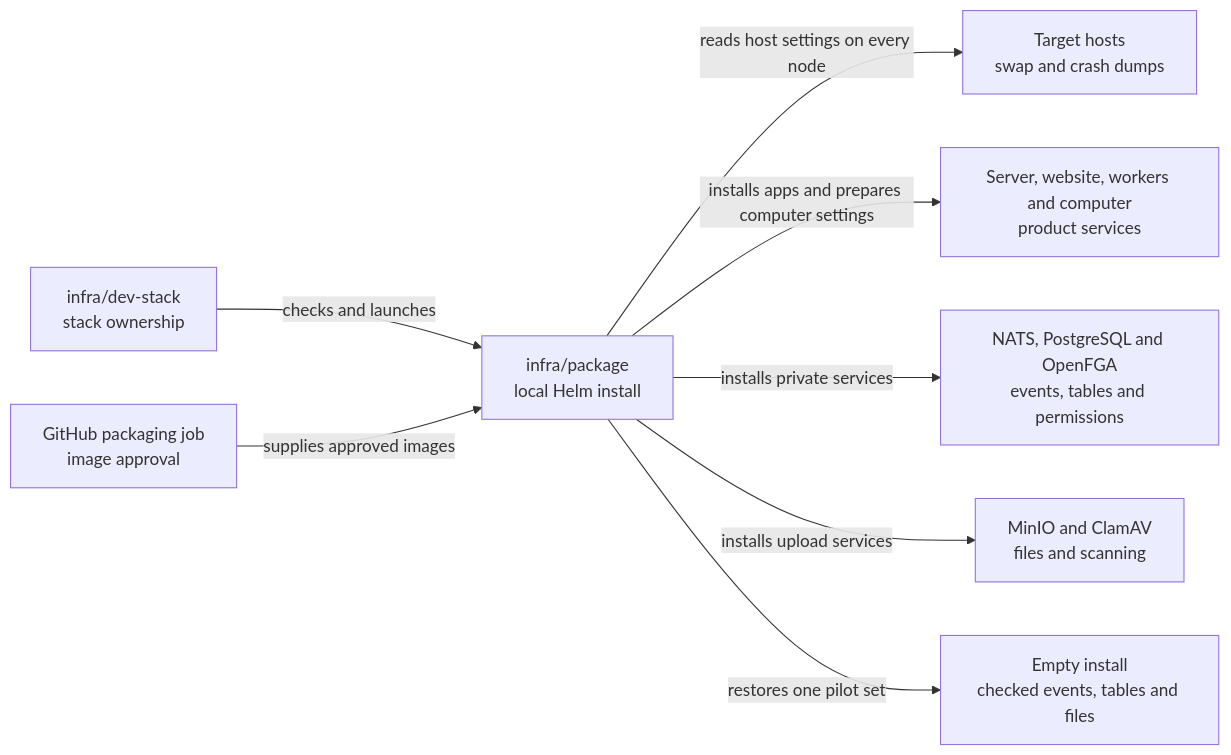
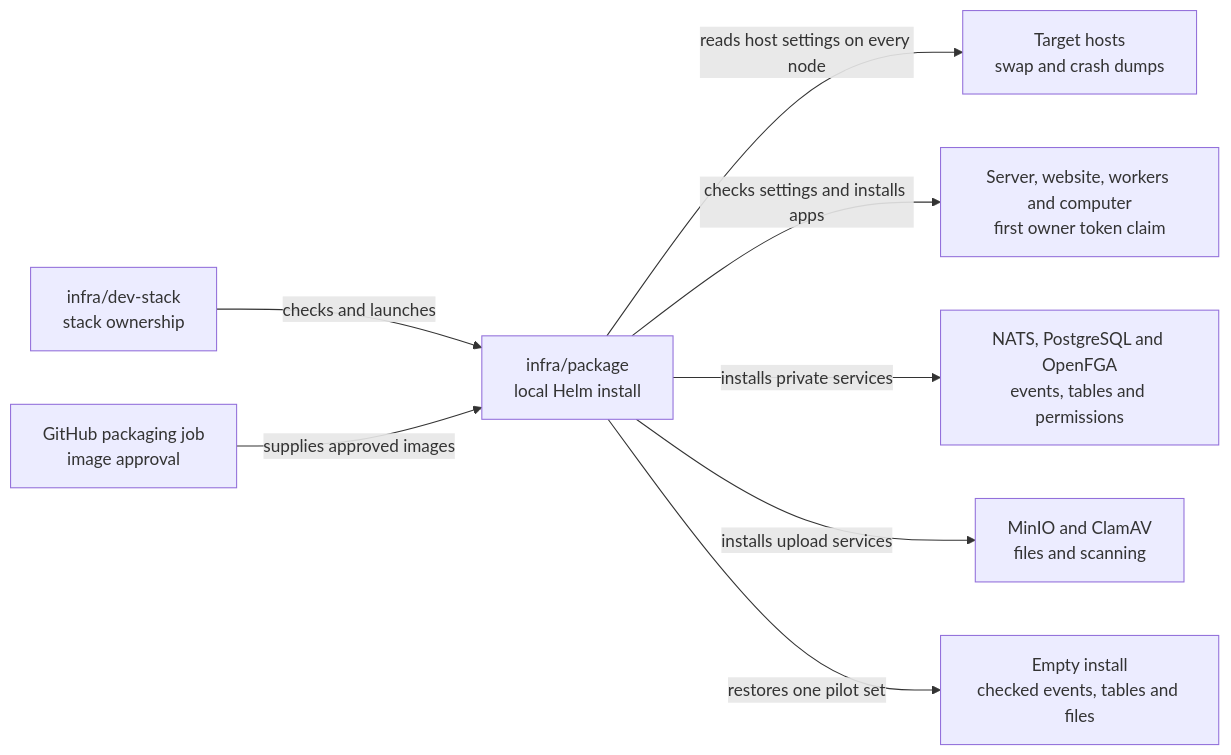
One commit to elewa-git/opencrane-new changed the diagram in infra/package/README.md. Above: the diagram before and after it, drawn with Mermaid. The commit also changed other lines of this file and 390 other files, not shown here.

````diff
--- a/infra/package/README.md
+++ b/infra/package/README.md
@@ -18,10 +18,10 @@
 ```mermaid
 flowchart LR
   stack["infra/dev-stack<br/>stack ownership"] -->|checks and launches| package["infra/package<br/>local Helm install"]
   packaging["GitHub packaging job<br/>image approval"] -->|supplies approved images| package
   package -->|reads host settings on every node| hosts["Target hosts<br/>swap and crash dumps"]
-  package -->|installs apps and prepares computer settings| apps["Server, website, workers and computer<br/>product services"]
+  package -->|checks settings and installs apps| apps["Server, website, workers and computer<br/>first owner token claim"]
   package -->|installs private services| services["NATS, PostgreSQL and OpenFGA<br/>events, tables and permissions"]
   package -->|installs upload services| files["MinIO and ClamAV<br/>files and scanning"]
   package -->|restores one pilot set| restore["Empty install<br/>checked events, tables and files"]
 ```
````
